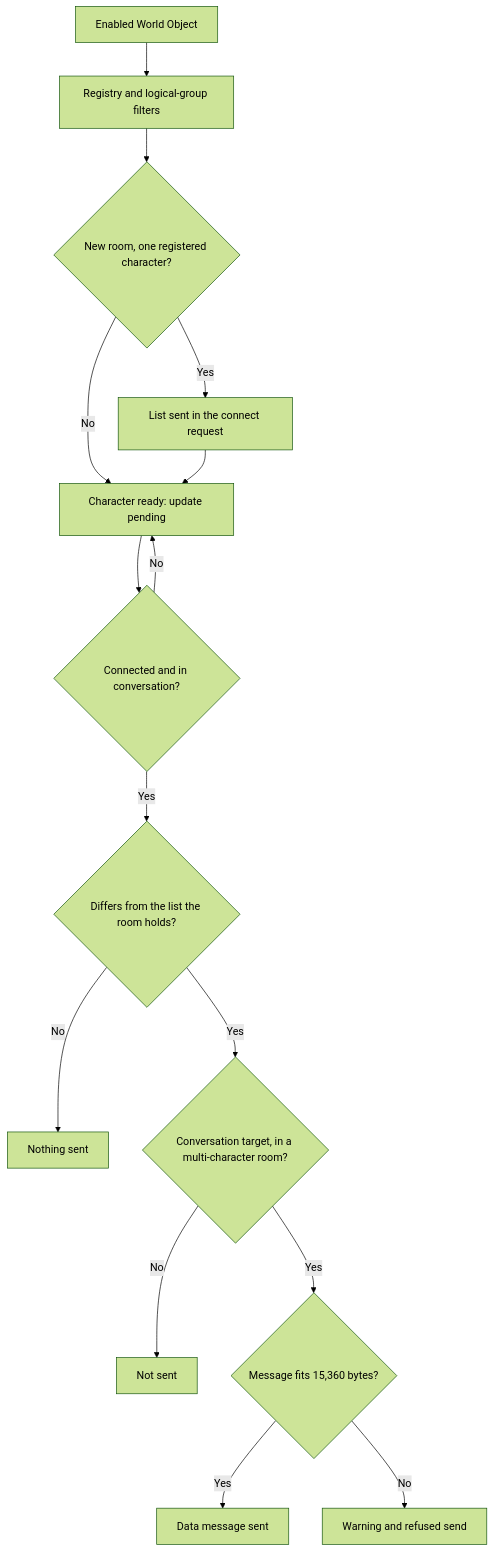
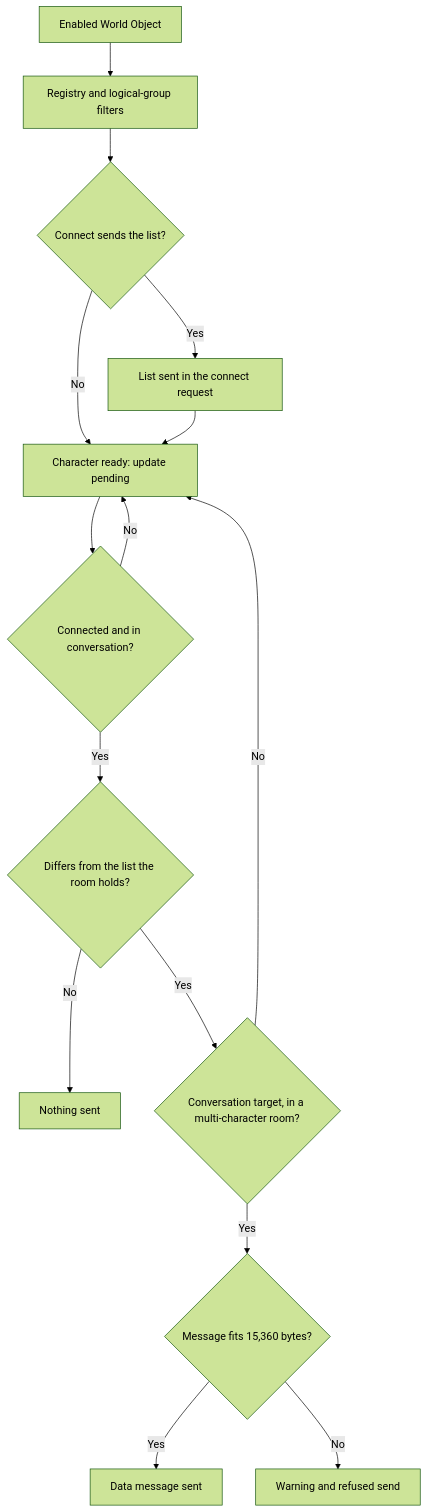
Before and after one commit to Conv-AI/Convai-Documentation: the diagram in plugins-and-integrations/convai-unity-sdk/features/scene-metadata/how-scene-metadata-works.md, drawn with Mermaid (forest theme). The commit also changed other lines of this file and 237 other files, not shown here.

````diff
--- a/plugins-and-integrations/convai-unity-sdk/features/scene-metadata/how-scene-metadata-works.md
+++ b/plugins-and-integrations/convai-unity-sdk/features/scene-metadata/how-scene-metadata-works.md
@@ -17,17 +17,17 @@
 ```mermaid
 flowchart TD
     A[Enabled World Object] --> B[Registry and logical-group filters]
-    B --> C{New room, one registered character?}
+    B --> C{Connect sends the list?}
     C -->|Yes| R[List sent in the connect request]
     C -->|No| D
     R --> D[Character ready: update pending]
     D --> E{Connected and in conversation?}
     E -->|No| D
     E -->|Yes| F{Differs from the list the room holds?}
     F -->|No| X[Nothing sent]
     F -->|Yes| T{Conversation target, in a multi-character room?}
-    T -->|No| X2[Not sent]
+    T -->|No| D
     T -->|Yes| G{Message fits 15,360 bytes?}
     G -->|Yes| S[Data message sent]
     G -->|No| H[Warning and refused send]
 ```
````
